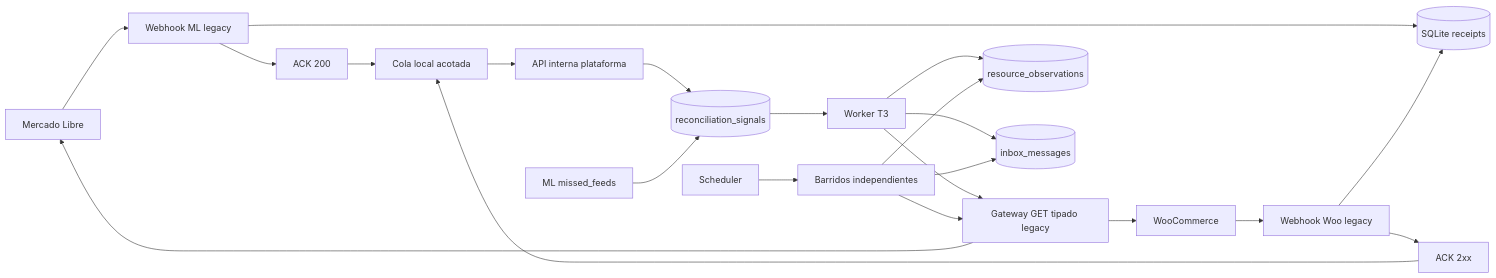
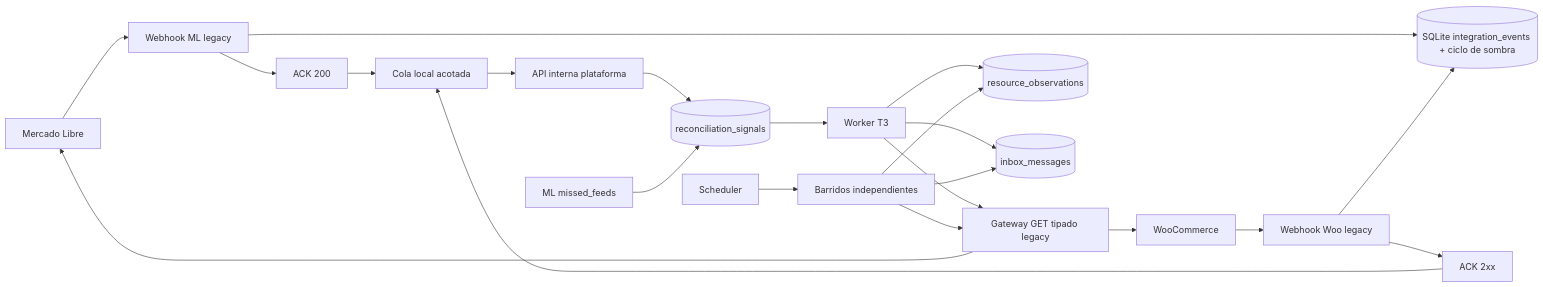
One commit to fusionbikesok-ui/Herramientas changed the diagram in docs/superpowers/specs/2026-09-16-e1-tramo3-sombra-viva-design.md. Above: the diagram before and after it, drawn with Mermaid. The commit also changed other lines of this file, not shown here.

````diff
--- a/docs/superpowers/specs/2026-09-16-e1-tramo3-sombra-viva-design.md
+++ b/docs/superpowers/specs/2026-09-16-e1-tramo3-sombra-viva-design.md
@@ -47,24 +51,24 @@
 ```mermaid
 flowchart LR
   ml[Mercado Libre] --> whml[Webhook ML legacy]
   woo[WooCommerce] --> whwoo[Webhook Woo legacy]
-  whml --> sqlite[(SQLite receipts)]
+  whml --> sqlite[(SQLite integration_events + ciclo de sombra)]
   whwoo --> sqlite
   whml --> ackml[ACK 200]
   whwoo --> ackwoo[ACK 2xx]
   ackml --> queue[Cola local acotada]
   ackwoo --> queue
   queue --> api[API interna plataforma]
   api --> signals[(reconciliation_signals)]
   signals --> worker[Worker T3]
   worker --> gateway[Gateway GET tipado legacy]
   gateway --> ml
   gateway --> woo
   worker --> observations[(resource_observations)]
   worker --> inbox[(inbox_messages)]
   scheduler[Scheduler] --> sweeps[Barridos independientes]
   sweeps --> gateway
   sweeps --> observations
   sweeps --> inbox
   missed[ML missed_feeds] --> signals
 ```
````
